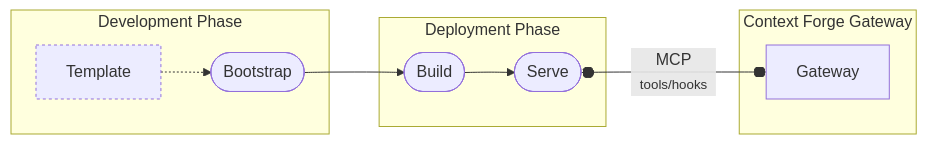
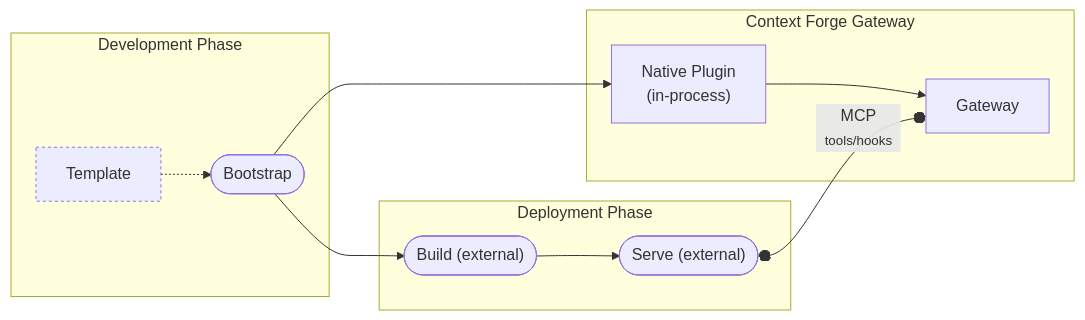
One commit to tedhabeck/mcp-context-forge changed the third of 5 diagrams in docs/docs/architecture/plugins.md. Above: the diagram before and after it, drawn with Mermaid. The commit also changed other lines of this file and 147 other files, not shown here.

First line of the commit message:
docs: refresh docs formatting, links, and diagrams (#2624)

````diff
--- a/docs/docs/architecture/plugins.md
+++ b/docs/docs/architecture/plugins.md
@@ -1034,24 +1039,27 @@
 ```mermaid
 graph LR
     A["Template"]
     B(["Bootstrap"])
-    C(["Build"])
-    D(["Serve"])
+    N["Native Plugin<br>(in-process)"]
+    C(["Build (external)"])
+    D(["Serve (external)"])
 
     subgraph dev["Development Phase"]
         A -.-> B
     end
 
     subgraph deploy["Deployment Phase"]
         C --> D
     end
 
+    B --> N
     B --> C
 
     subgraph CF["Context Forge Gateway"]
         E["Gateway"]
+        N --> E
         D o--"MCP<br>&nbsp;&nbsp;<small>tools/hooks</small>&nbsp;&nbsp;"--o E
     end
 
     style A stroke-dasharray: 3 3;
 ```
````
